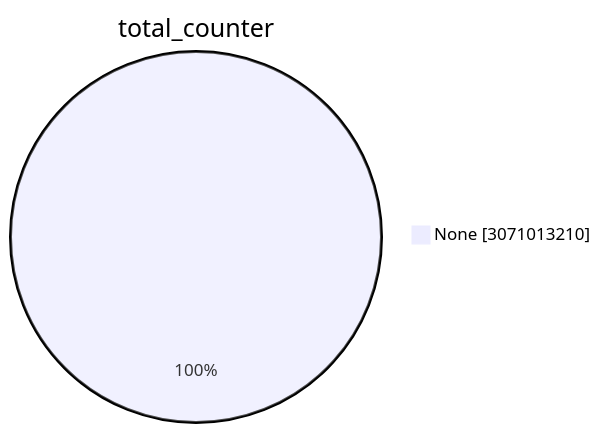
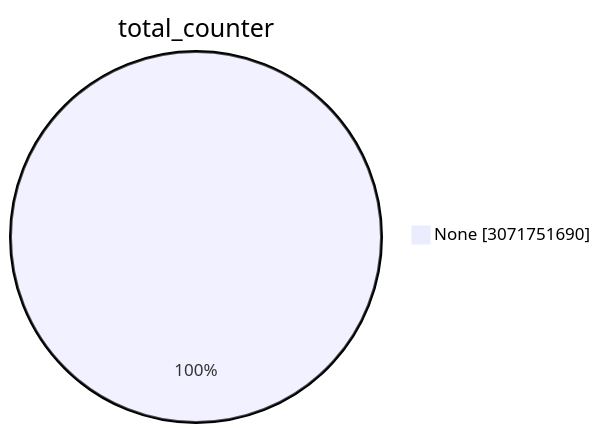
One commit to christiankrug/ctmonitor_visualization changed the first of 15 diagrams in TOTAL/README.md. Above: the diagram before and after it, drawn with Mermaid. The commit also changed other lines of this file, not shown here.

````diff
--- a/TOTAL/README.md
+++ b/TOTAL/README.md
@@ -1,5 +1,5 @@
 ```mermaid
 pie showData
 title total_counter
-"None" :3071013210
+"None" :3071751690
 ```
````
